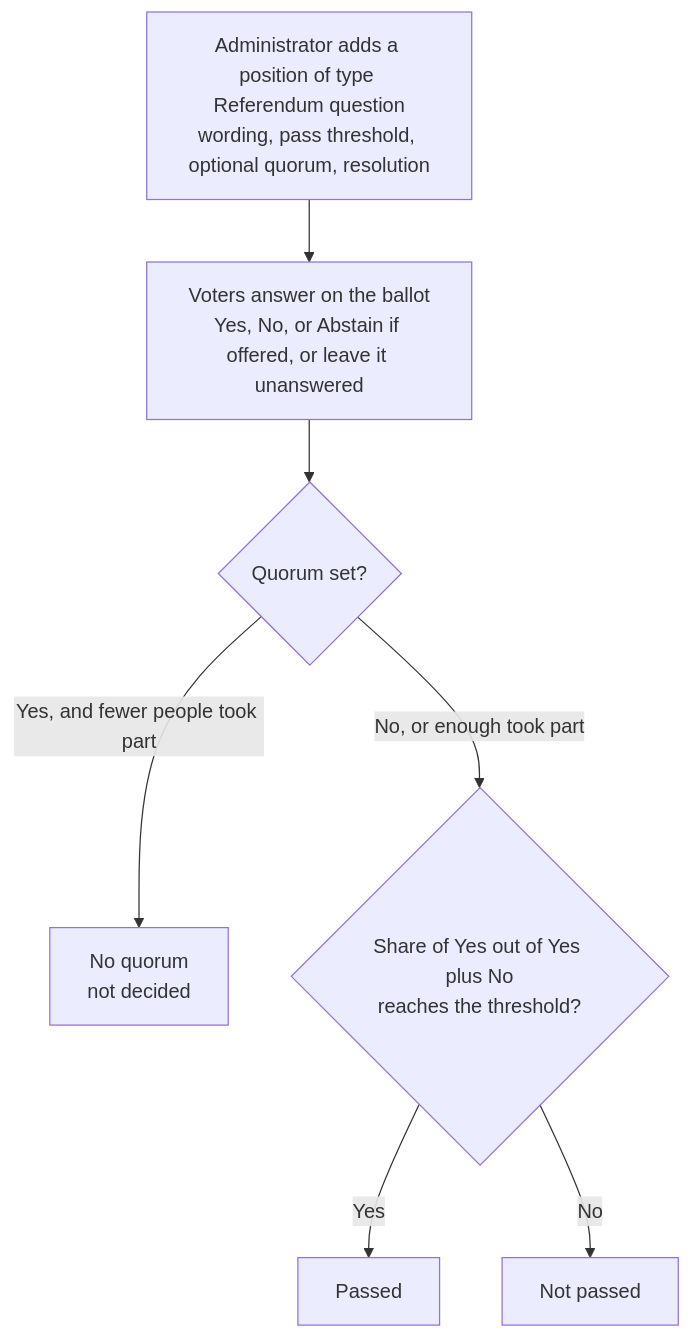
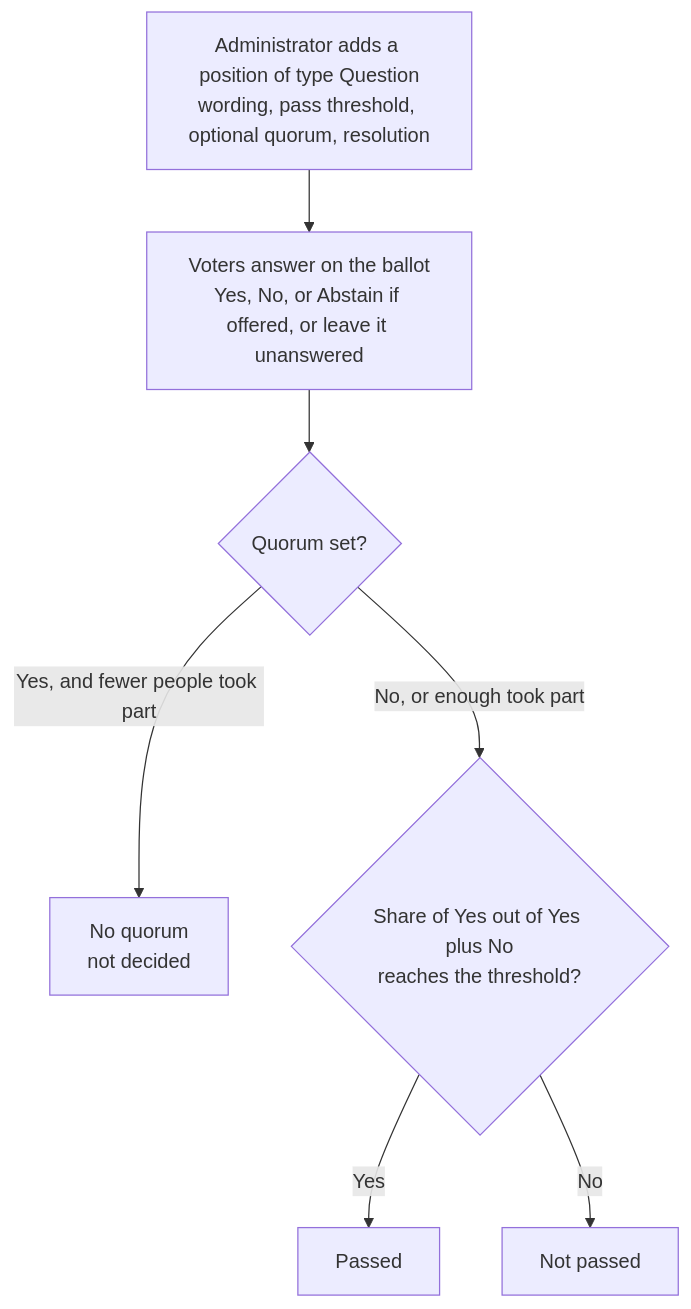
Before and after one commit to agileware/au.com.agileware.elections: the eighth of 8 diagrams in docs/workflows.md, drawn with Mermaid. The commit also changed other lines of this file and 198 other files, not shown here.

````diff
--- a/docs/workflows.md
+++ b/docs/workflows.md
@@ -132,9 +132,9 @@
 ```mermaid
 flowchart TD
-    Q1["Administrator adds a position of type Referendum question<br/>wording, pass threshold, optional quorum, resolution"] --> Q2["Voters answer on the ballot<br/>Yes, No, or Abstain if offered, or leave it unanswered"]
+    Q1["Administrator adds a position of type Question<br/>wording, pass threshold, optional quorum, resolution"] --> Q2["Voters answer on the ballot<br/>Yes, No, or Abstain if offered, or leave it unanswered"]
     Q2 --> Q3{"Quorum set?"}
     Q3 -->|"Yes, and fewer people took part"| Q4["No quorum<br/>not decided"]
     Q3 -->|"No, or enough took part"| Q5{"Share of Yes out of Yes plus No<br/>reaches the threshold?"}
     Q5 -->|Yes| Q6["Passed"]
     Q5 -->|No| Q7["Not passed"]
 ```
````
